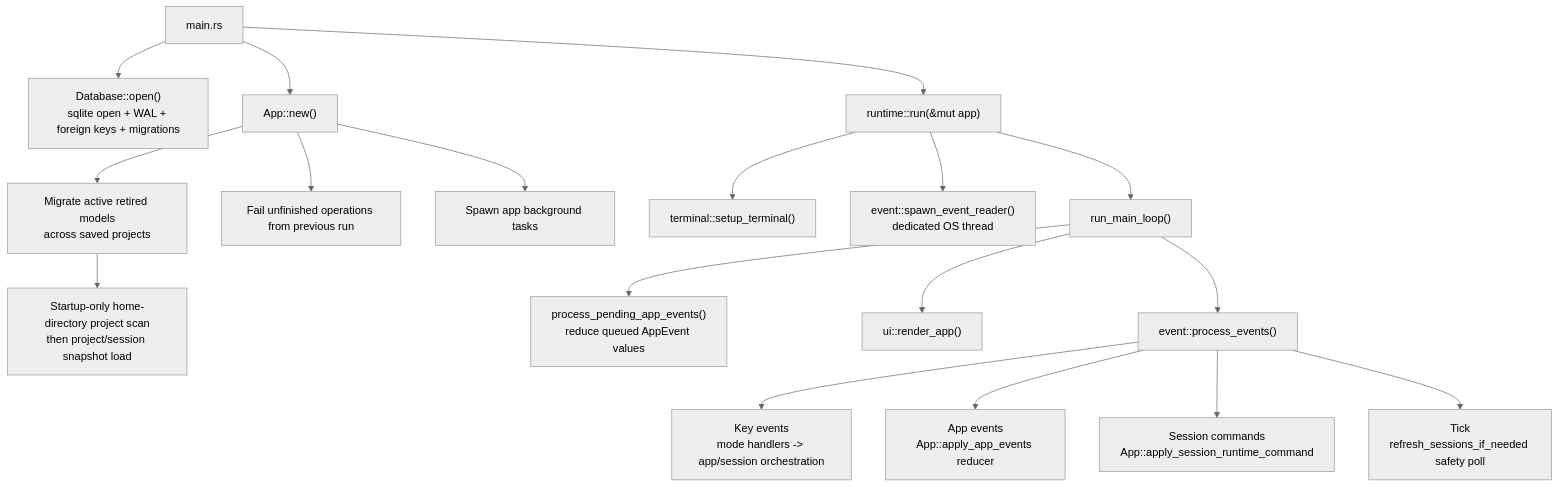
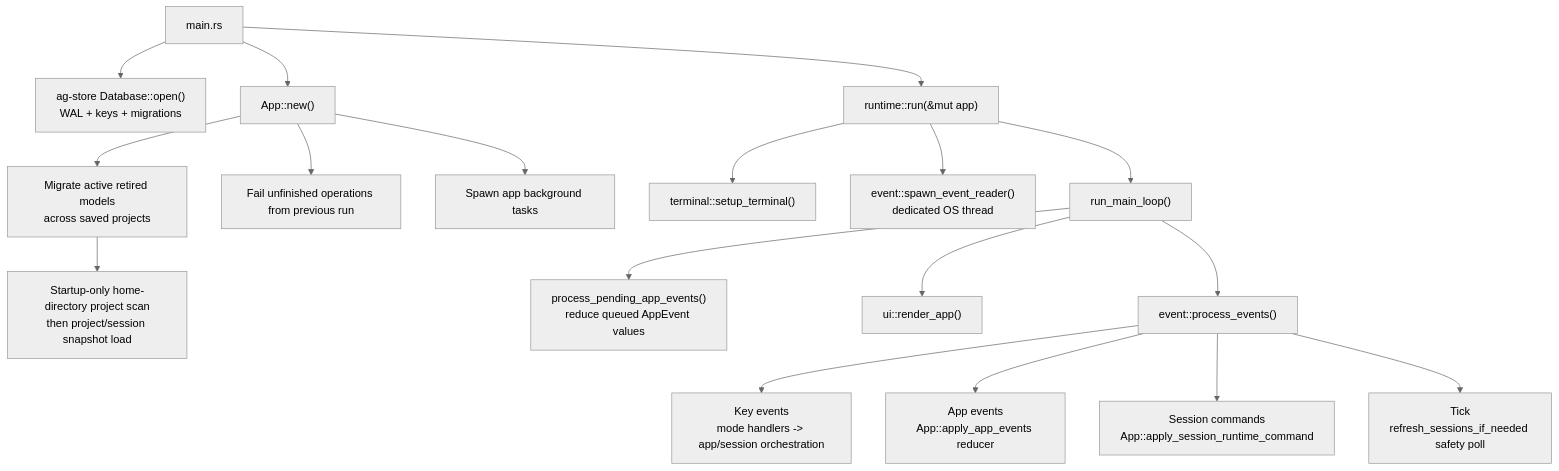
Before and after one commit to agentty-xyz/agentty: the first of 3 diagrams in docs/site/content/docs/architecture/runtime-flow.md, drawn with Mermaid (neutral theme). The commit also changed other lines of this file and 279 other files, not shown here.

First line of the commit message:
Extracts SQLite persistence into reusable `ag-store`

````diff
--- a/docs/site/content/docs/architecture/runtime-flow.md
+++ b/docs/site/content/docs/architecture/runtime-flow.md
@@ -47,39 +48,39 @@
 ```mermaid
 flowchart TD
   main["main.rs"]
-  db["Database::open()<br/>sqlite open + WAL + foreign keys + migrations"]
+  db["ag-store Database::open()<br/>WAL + keys + migrations"]
   app_new["App::new()"]
   model_migration["Migrate active retired models<br/>across saved projects"]
   scan["Startup-only home-directory project scan<br/>then project/session snapshot load"]
   fail_ops["Fail unfinished operations from previous run"]
   background["Spawn app background tasks"]
   runtime["runtime::run(&mut app)"]
   terminal["terminal::setup_terminal()"]
   event_reader["event::spawn_event_reader()<br/>dedicated OS thread"]
   main_loop["run_main_loop()"]
   drain["process_pending_app_events()<br/>reduce queued AppEvent values"]
   draw["ui::render_app()"]
   process["event::process_events()"]
   key_events["Key events<br/>mode handlers -> app/session orchestration"]
   app_events["App events<br/>App::apply_app_events reducer"]
   session_commands["Session commands<br/>App::apply_session_runtime_command"]
   tick["Tick<br/>refresh_sessions_if_needed safety poll"]
 
   main --> db
   main --> app_new
   app_new --> model_migration
   model_migration --> scan
   app_new --> fail_ops
   app_new --> background
   main --> runtime
   runtime --> terminal
   runtime --> event_reader
   runtime --> main_loop
   main_loop --> drain
   main_loop --> draw
   main_loop --> process
   process --> key_events
   process --> app_events
   process --> session_commands
   process --> tick
 ```
````
